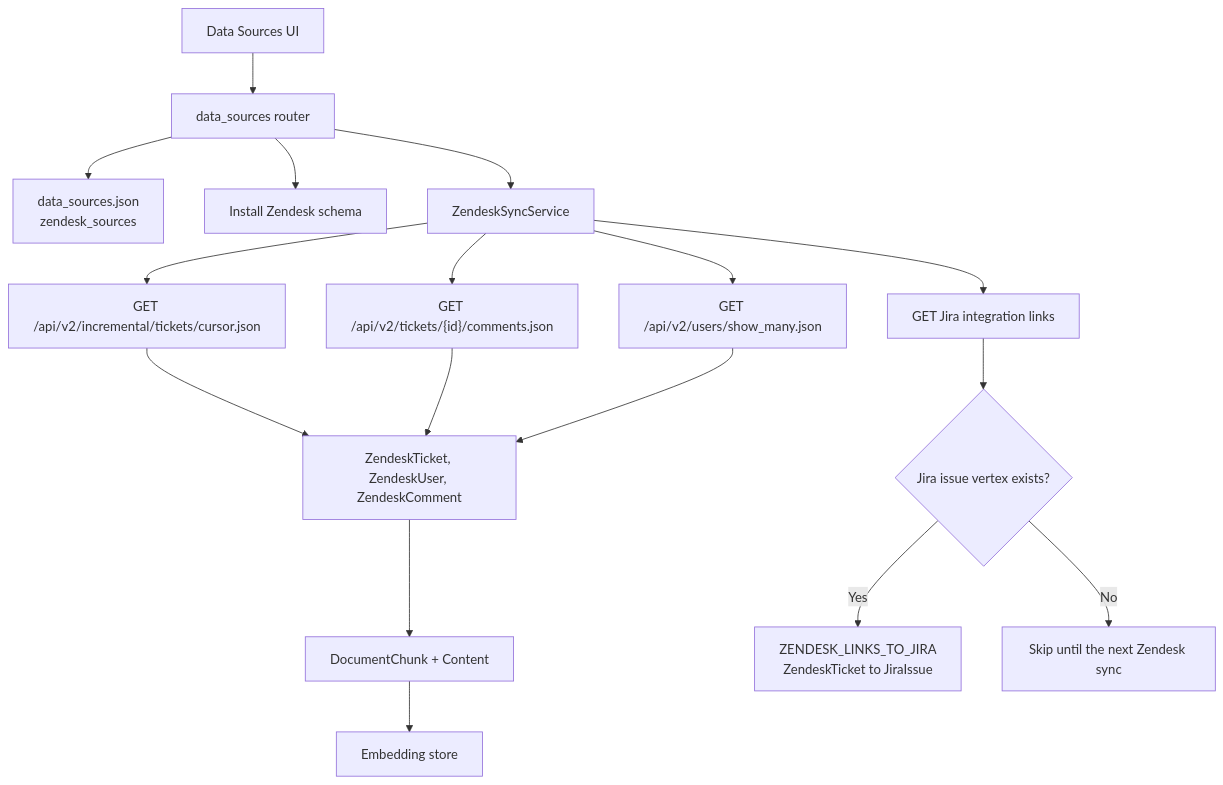
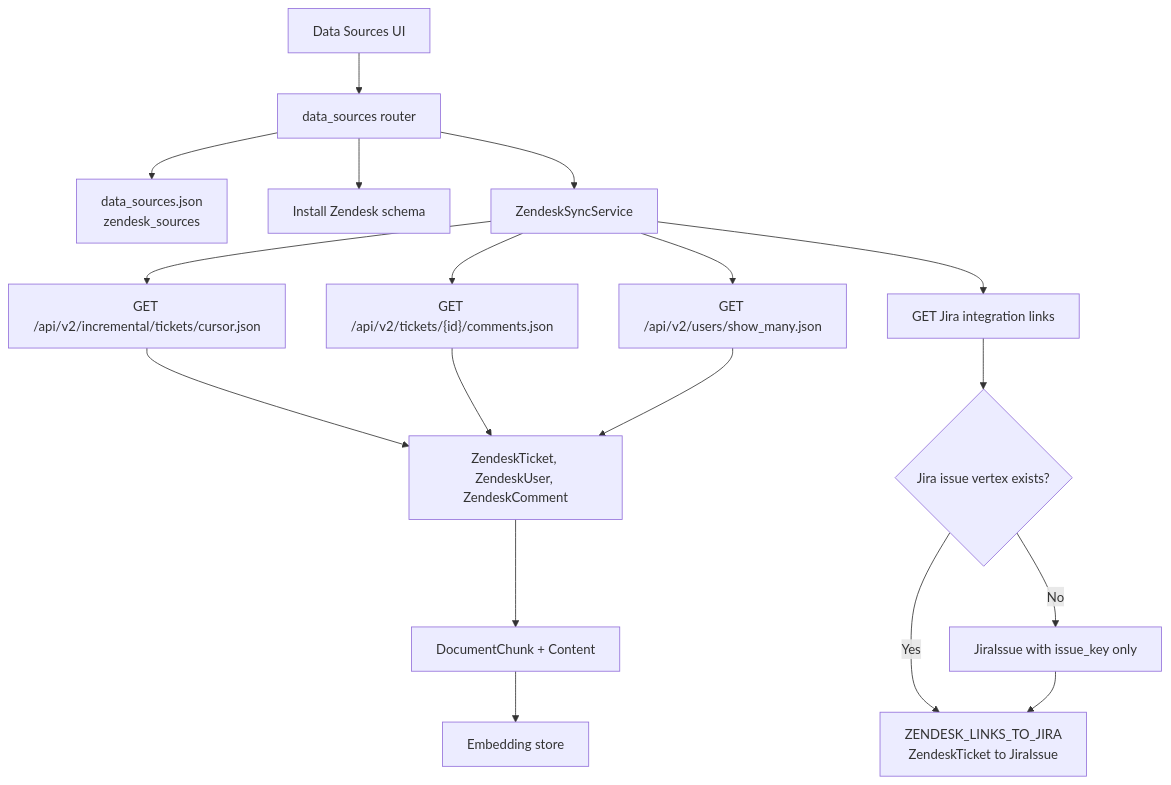
One commit to tigergraph/graphrag changed the diagram in docs/ZendeskDataSourceConnector.md. Above: the diagram before and after it, drawn with Mermaid. The commit also changed other lines of this file and 15 other files, not shown here.

First line of the commit message:
GML-2348: keep the Zendesk link when the Jira issue is not ingested yet.

````diff
--- a/docs/ZendeskDataSourceConnector.md
+++ b/docs/ZendeskDataSourceConnector.md
@@ -11,22 +21,23 @@
 ```mermaid
 flowchart TD
     UI[Data Sources UI] --> API[data_sources router]
     API --> CFG["data_sources.json<br/>zendesk_sources"]
     API --> SCHEMA[Install Zendesk schema]
     API --> SYNC[ZendeskSyncService]
 
     SYNC --> TICKETS["GET /api/v2/incremental/tickets/cursor.json"]
     SYNC --> COMMENTS["GET /api/v2/tickets/{id}/comments.json"]
     SYNC --> USERS["GET /api/v2/users/show_many.json"]
     SYNC --> LINKS["GET Jira integration links"]
 
     TICKETS --> WRITE[ZendeskTicket, ZendeskUser, ZendeskComment]
     COMMENTS --> WRITE
     USERS --> WRITE
     WRITE --> CHUNKS["DocumentChunk + Content"]
     CHUNKS --> EMBED[Embedding store]
 
     LINKS --> REL{Jira issue vertex exists?}
     REL -->|Yes| EDGE["ZENDESK_LINKS_TO_JIRA<br/>ZendeskTicket to JiraIssue"]
-    REL -->|No| SKIP[Skip until the next Zendesk sync]
+    REL -->|No| PLACEHOLDER["JiraIssue with issue_key only"]
+    PLACEHOLDER --> EDGE
 ```
````
